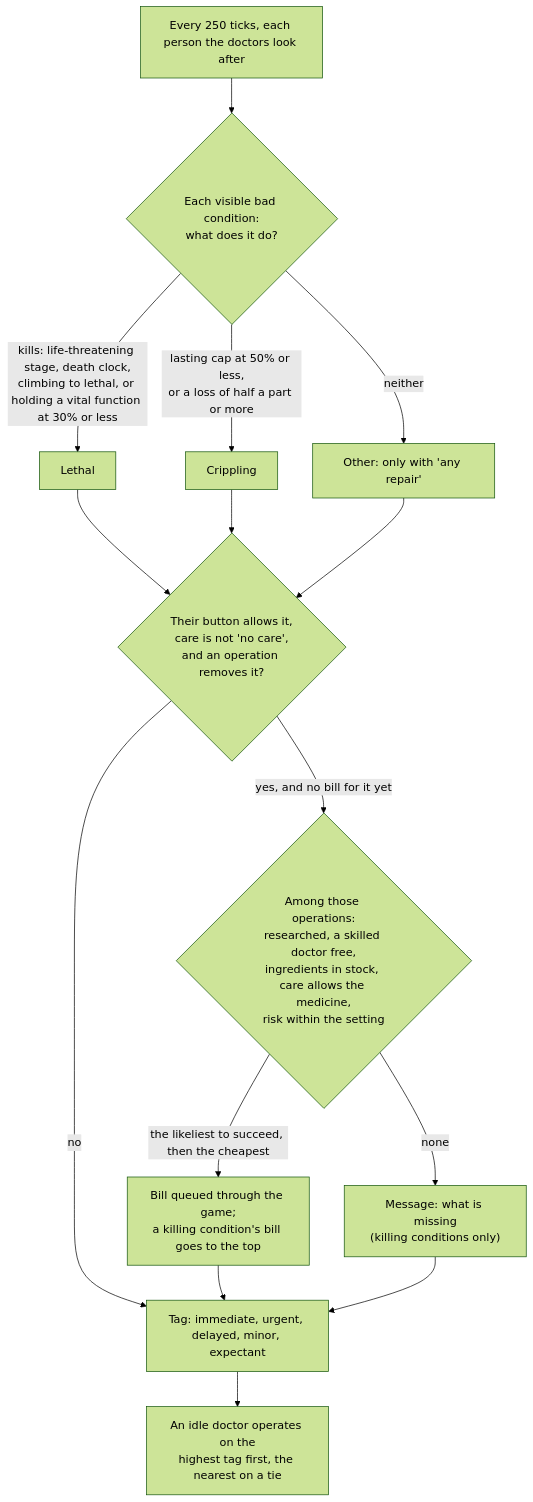
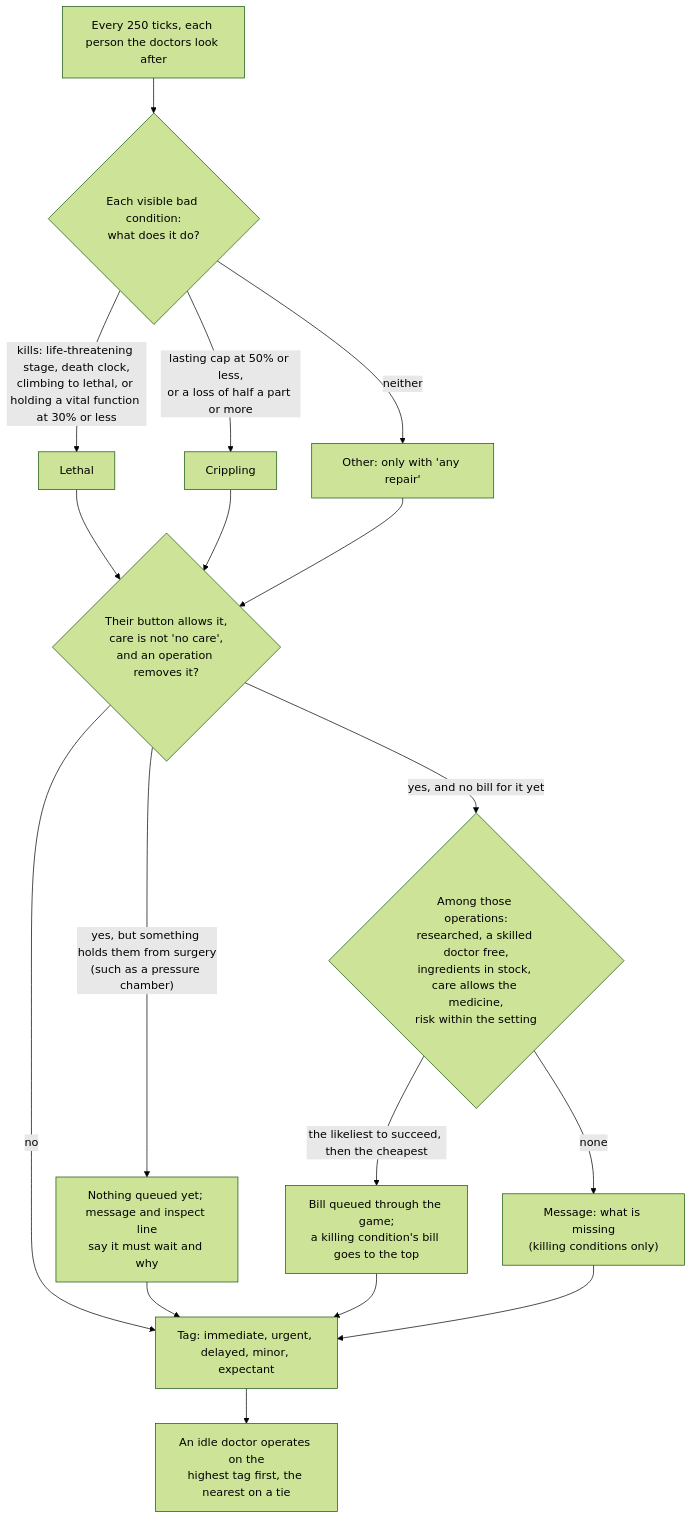
One commit to phobos-dthorga/phobos-rimworld changed the diagram in mods/PhobosTriage/README.md. Above: the diagram before and after it, drawn with Mermaid (forest theme). The commit also changed other lines of this file and 8 other files, not shown here.

First line of the commit message:
Triage 0.2.0 Draft: operations wait while something holds the patient from surgery

````diff
--- a/mods/PhobosTriage/README.md
+++ b/mods/PhobosTriage/README.md
@@ -55,17 +58,19 @@
 ```mermaid
 flowchart TD
     Pass["Every 250 ticks, each person the doctors look after"] --> Class{"Each visible bad condition:<br/>what does it do?"}
     Class -- "kills: life-threatening stage, death clock,<br/>climbing to lethal, or holding a vital function at 30% or less" --> Lethal["Lethal"]
     Class -- "lasting cap at 50% or less,<br/>or a loss of half a part or more" --> Crippling["Crippling"]
     Class -- "neither" --> Other["Other: only with 'any repair'"]
     Lethal --> Allowed{"Their button allows it,<br/>care is not 'no care',<br/>and an operation removes it?"}
     Crippling --> Allowed
     Other --> Allowed
     Allowed -- "no" --> Tag
+    Allowed -- "yes, but something holds them from surgery<br/>(such as a pressure chamber)" --> Held["Nothing queued yet; message and inspect line<br/>say it must wait and why"]
+    Held --> Tag
     Allowed -- "yes, and no bill for it yet" --> Choose{"Among those operations:<br/>researched, a skilled doctor free,<br/>ingredients in stock, care allows the medicine,<br/>risk within the setting"}
     Choose -- "the likeliest to succeed, then the cheapest" --> Bill["Bill queued through the game;<br/>a killing condition's bill goes to the top"]
     Choose -- "none" --> Why["Message: what is missing<br/>(killing conditions only)"]
     Bill --> Tag
     Why --> Tag
     Tag["Tag: immediate, urgent, delayed, minor, expectant"] --> Doctor["An idle doctor operates on the<br/>highest tag first, the nearest on a tie"]
 ```
````
